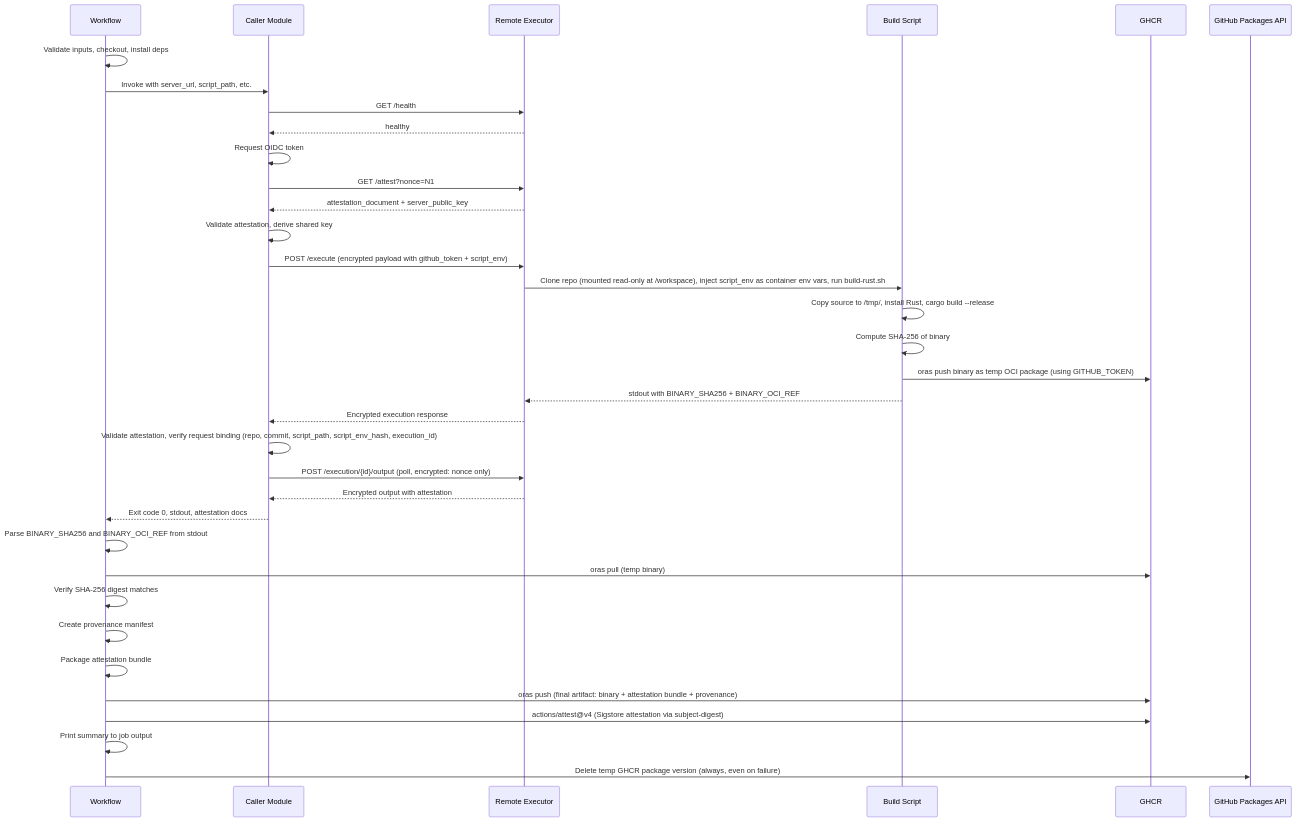
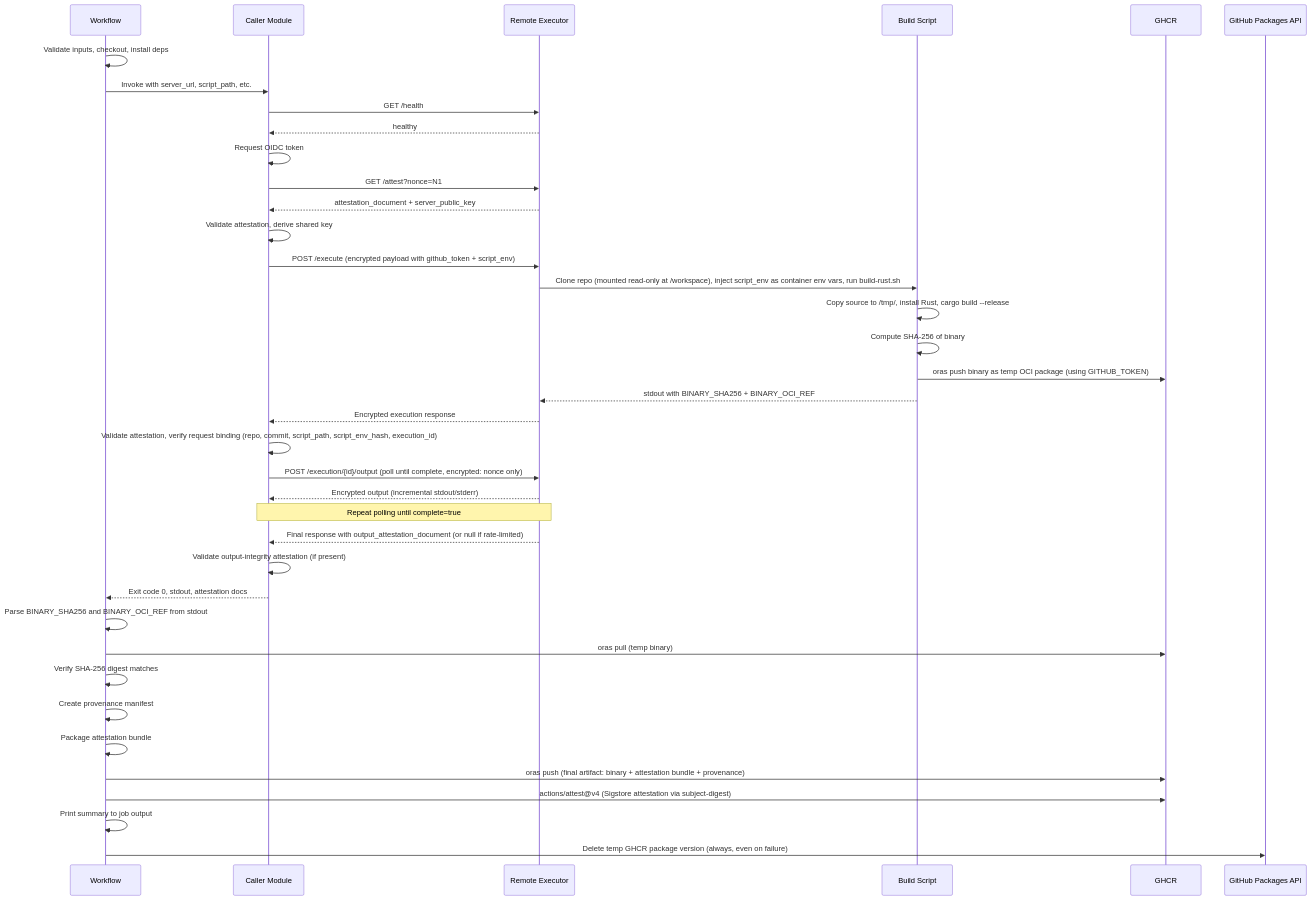
Before and after one commit to richardfan1126/github-runner-ec2-attestation-rust-build-demo: the second of 2 diagrams in .kiro/specs/rust-attestated-build/design.md, drawn with Mermaid. The commit also changed other lines of this file and 2 other files, not shown here.

Commit message:
spec: adopt upstream OIDC commit hash binding and output attestation rate limiting

````diff
--- a/.kiro/specs/rust-attestated-build/design.md
+++ b/.kiro/specs/rust-attestated-build/design.md
@@ -69,38 +69,41 @@
 ```mermaid
 sequenceDiagram
     participant WF as Workflow
     participant CALLER as Caller Module
     participant RE as Remote Executor
     participant BS as Build Script
     participant GHCR as GHCR
     participant GH_API as GitHub Packages API
 
     WF->>WF: Validate inputs, checkout, install deps
     WF->>CALLER: Invoke with server_url, script_path, etc.
     CALLER->>RE: GET /health
     RE-->>CALLER: healthy
     CALLER->>CALLER: Request OIDC token
     CALLER->>RE: GET /attest?nonce=N1
     RE-->>CALLER: attestation_document + server_public_key
     CALLER->>CALLER: Validate attestation, derive shared key
     CALLER->>RE: POST /execute (encrypted payload with github_token + script_env)
     RE->>BS: Clone repo (mounted read-only at /workspace), inject script_env as container env vars, run build-rust.sh
     BS->>BS: Copy source to /tmp/, install Rust, cargo build --release
     BS->>BS: Compute SHA-256 of binary
     BS->>GHCR: oras push binary as temp OCI package (using GITHUB_TOKEN)
     BS-->>RE: stdout with BINARY_SHA256 + BINARY_OCI_REF
     RE-->>CALLER: Encrypted execution response
     CALLER->>CALLER: Validate attestation, verify request binding (repo, commit, script_path, script_env_hash, execution_id)
-    CALLER->>RE: POST /execution/{id}/output (poll, encrypted: nonce only)
-    RE-->>CALLER: Encrypted output with attestation
+    CALLER->>RE: POST /execution/{id}/output (poll until complete, encrypted: nonce only)
+    RE-->>CALLER: Encrypted output (incremental stdout/stderr)
+    Note over CALLER,RE: Repeat polling until complete=true
+    RE-->>CALLER: Final response with output_attestation_document (or null if rate-limited)
+    CALLER->>CALLER: Validate output-integrity attestation (if present)
     CALLER-->>WF: Exit code 0, stdout, attestation docs
     WF->>WF: Parse BINARY_SHA256 and BINARY_OCI_REF from stdout
     WF->>GHCR: oras pull (temp binary)
     WF->>WF: Verify SHA-256 digest matches
     WF->>WF: Create provenance manifest
     WF->>WF: Package attestation bundle
     WF->>GHCR: oras push (final artifact: binary + attestation bundle + provenance)
     WF->>GHCR: actions/attest@v4 (Sigstore attestation via subject-digest)
     WF->>WF: Print summary to job output
     WF->>GH_API: Delete temp GHCR package version (always, even on failure)
 ```
````
